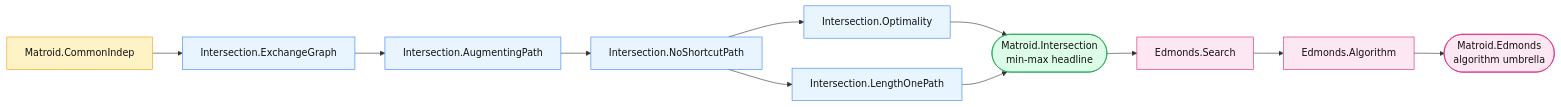
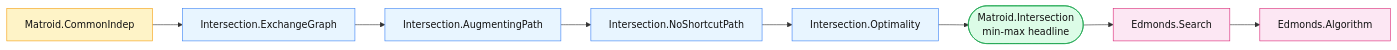
One commit to ainta/lean-combinatorial-optimization changed the second of 2 diagrams in combinatoric_optimization/matroid_intersection/README.md. Above: the diagram before and after it, drawn with Mermaid. The commit also changed other lines of this file and 15 other files, not shown here.

````diff
--- a/combinatoric_optimization/matroid_intersection/README.md
+++ b/combinatoric_optimization/matroid_intersection/README.md
@@ -48,24 +48,20 @@
 ```mermaid
 flowchart LR
   classDef common fill:#fef3c7,stroke:#f59e0b,color:#111
   classDef inter fill:#e8f5ff,stroke:#3b82f6,color:#111
   classDef hl fill:#dcfce7,stroke:#16a34a,color:#111
   classDef edm fill:#fce7f3,stroke:#db2777,color:#111
 
   CI["Matroid.CommonIndep"]:::common
   EG["Intersection.ExchangeGraph"]:::inter
   AP["Intersection.AugmentingPath"]:::inter
   NSP["Intersection.NoShortcutPath"]:::inter
   Opt["Intersection.Optimality"]:::inter
-  LO["Intersection.LengthOnePath"]:::inter
   IH(["Matroid.Intersection<br/>min-max headline"]):::hl
   Search["Edmonds.Search"]:::edm
   Algo["Edmonds.Algorithm"]:::edm
-  Edm(["Matroid.Edmonds<br/>algorithm umbrella"]):::edm
 
   CI --> EG --> AP --> NSP --> Opt
-  NSP --> LO
   Opt --> IH
-  LO --> IH
-  IH --> Search --> Algo --> Edm
+  IH --> Search --> Algo
 ```
````
